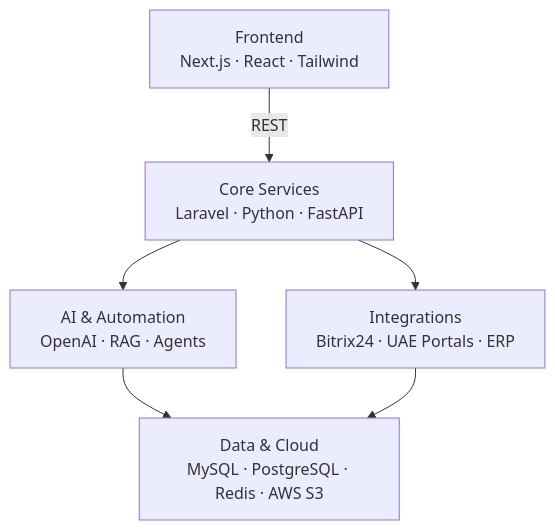
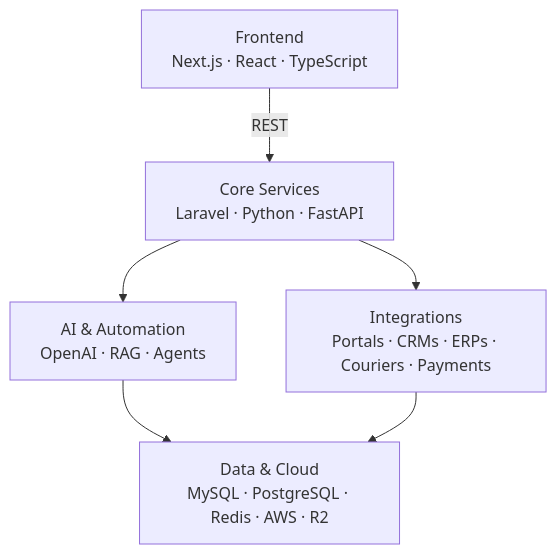
Before and after one commit to KHUZEMAHSAEED/KHUZEMAHSAEED: the diagram in README.md, drawn with Mermaid. The commit also changed other lines of this file, not shown here.

````diff
--- a/README.md
+++ b/README.md
@@ -114,8 +145,8 @@
 ```mermaid
 flowchart TD
-    FE["Frontend<br/>Next.js · React · Tailwind"] -->|REST| BE["Core Services<br/>Laravel · Python · FastAPI"]
+    FE["Frontend<br/>Next.js · React · TypeScript"] -->|REST| BE["Core Services<br/>Laravel · Python · FastAPI"]
     BE --> AI["AI & Automation<br/>OpenAI · RAG · Agents"]
-    BE --> INT["Integrations<br/>Bitrix24 · UAE Portals · ERP"]
-    AI --> DATA["Data & Cloud<br/>MySQL · PostgreSQL · Redis · AWS S3"]
+    BE --> INT["Integrations<br/>Portals · CRMs · ERPs · Couriers · Payments"]
+    AI --> DATA["Data & Cloud<br/>MySQL · PostgreSQL · Redis · AWS · R2"]
     INT --> DATA
 ```
````
